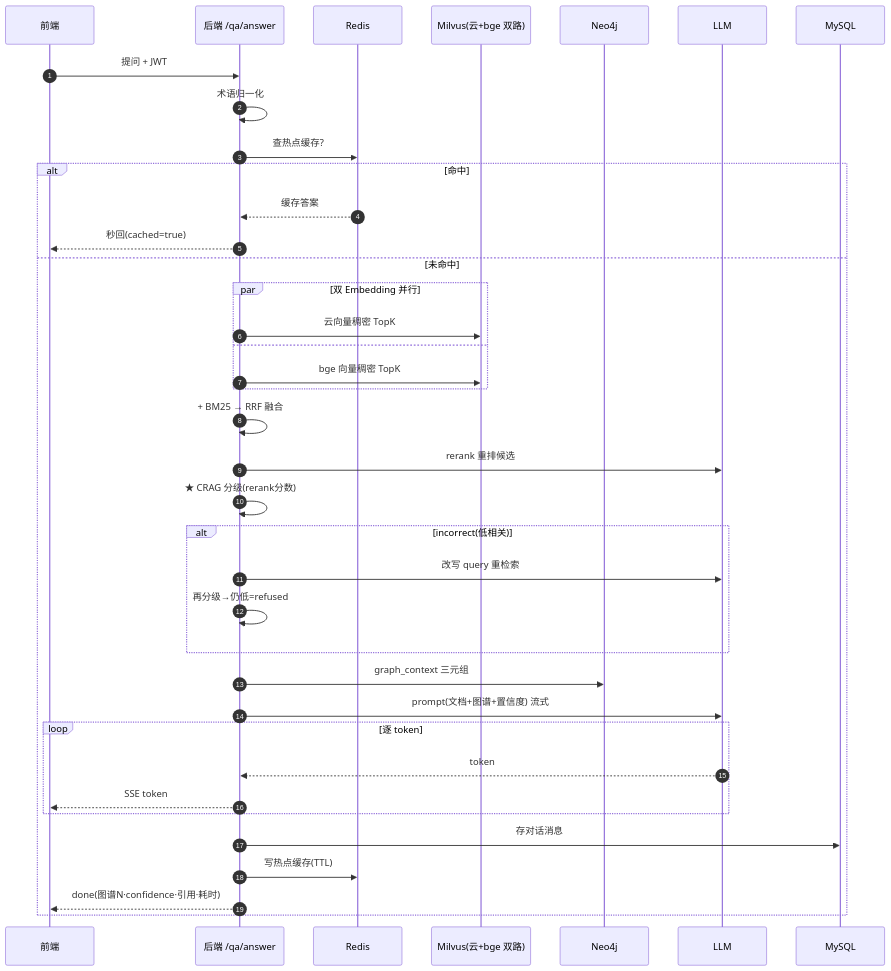
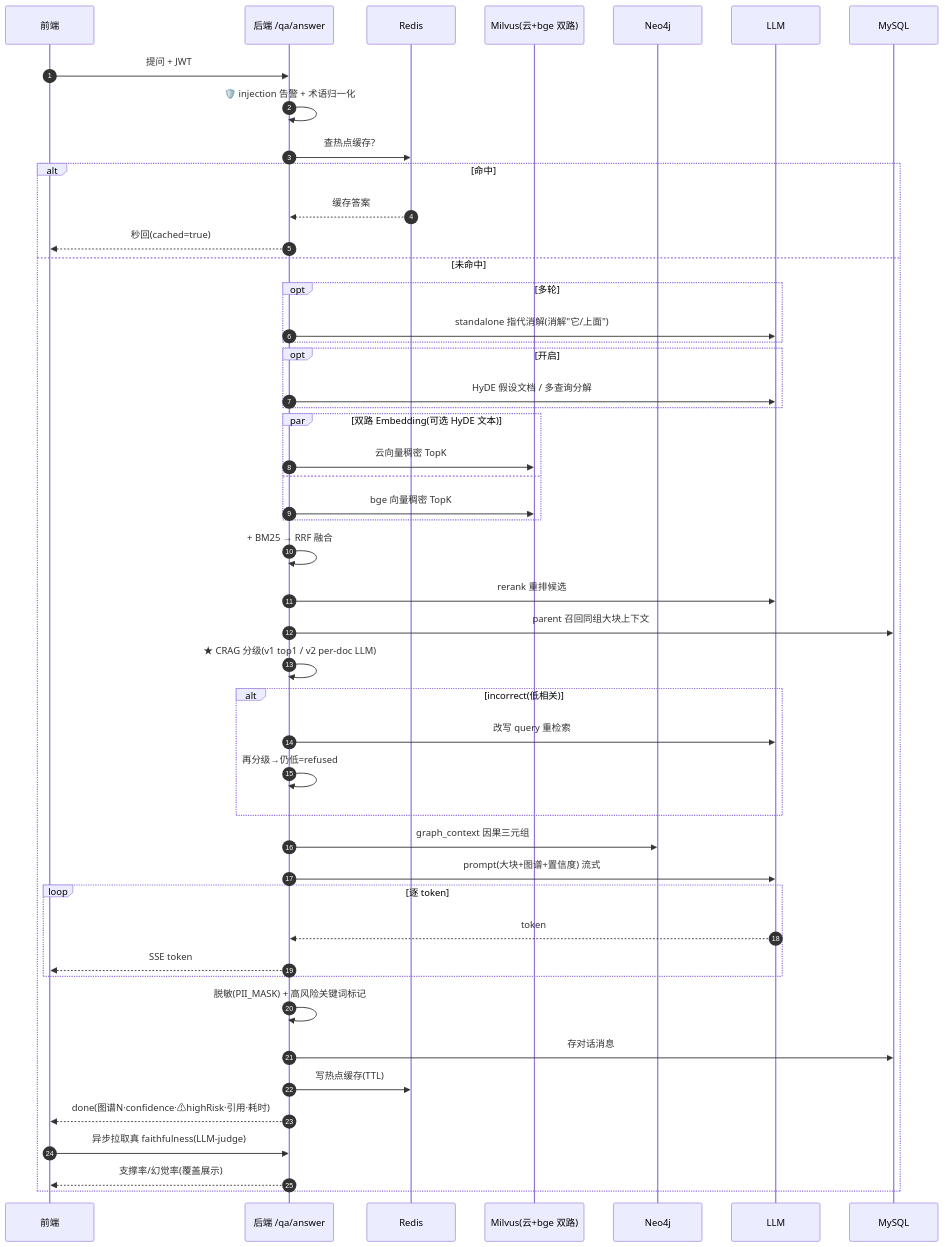
The fourth of 5 diagrams in README.md (zhyese/grid-qa), drawn with Mermaid before and after one commit. The commit also changed other lines of this file and 44 other files, not shown here.

````diff
--- a/README.md
+++ b/README.md
@@ -208,41 +217,51 @@
 ```mermaid
 sequenceDiagram
     autonumber
     participant FE as 前端
     participant BE as 后端 /qa/answer
     participant Redis
     participant Milvus as Milvus(云+bge 双路)
     participant Neo4j
     participant LLM
     participant MySQL
 
     FE->>BE: 提问 + JWT
-    BE->>BE: 术语归一化
+    BE->>BE: 🛡️ injection 告警 + 术语归一化
     BE->>Redis: 查热点缓存?
     alt 命中
         Redis-->>BE: 缓存答案
         BE-->>FE: 秒回(cached=true)
     else 未命中
-        par 双 Embedding 并行
+        opt 多轮
+            BE->>LLM: standalone 指代消解(消解"它/上面")
+        end
+        opt 开启
+            BE->>LLM: HyDE 假设文档 / 多查询分解
+        end
+        par 双路 Embedding(可选 HyDE 文本)
             BE->>Milvus: 云向量稠密 TopK
         and
             BE->>Milvus: bge 向量稠密 TopK
         end
         BE->>BE: + BM25 → RRF 融合
         BE->>LLM: rerank 重排候选
-        BE->>BE: ★ CRAG 分级(rerank分数)
+        BE->>MySQL: parent 召回同组大块上下文
+        BE->>BE: ★ CRAG 分级(v1 top1 / v2 per-doc LLM)
         alt incorrect(低相关)
             BE->>LLM: 改写 query 重检索
             BE->>BE: 再分级→仍低=refused
         end
-        BE->>Neo4j: graph_context 三元组
-        BE->>LLM: prompt(文档+图谱+置信度) 流式
+        BE->>Neo4j: graph_context 因果三元组
+        BE->>LLM: prompt(大块+图谱+置信度) 流式
         loop 逐 token
             LLM-->>BE: token
             BE-->>FE: SSE token
         end
+        BE->>BE: 脱敏(PII_MASK) + 高风险关键词标记
         BE->>MySQL: 存对话消息
         BE->>Redis: 写热点缓存(TTL)
-        BE-->>FE: done(图谱N·confidence·引用·耗时)
+        BE-->>FE: done(图谱N·confidence·⚠highRisk·引用·耗时)
+        FE->>BE: 异步拉取真 faithfulness(LLM-judge)
+        BE-->>FE: 支撑率/幻觉率(覆盖展示)
     end
 ```
````
